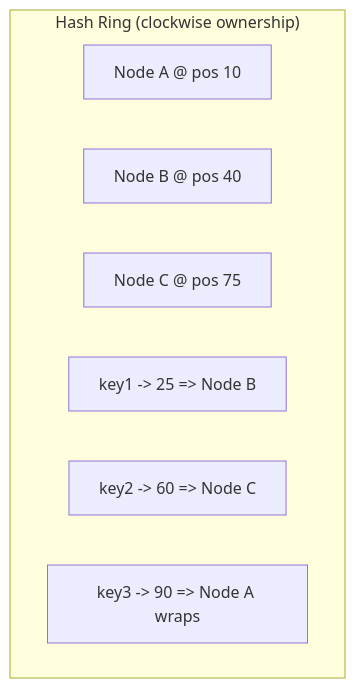
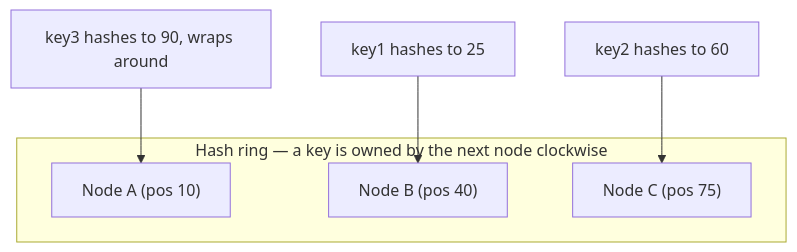
One commit to codewithmuh/system-design changed diagram 13 of 15 in fundamentals/README.md. Above: the diagram before and after it, drawn with Mermaid. The commit also changed other lines of this file and 3 other files, not shown here.

````diff
--- a/fundamentals/README.md
+++ b/fundamentals/README.md
@@ -528,11 +536,11 @@
 ```mermaid
 flowchart TB
-    subgraph Ring["Hash Ring (clockwise ownership)"]
-        N1[Node A @ pos 10]
-        N2[Node B @ pos 40]
-        N3[Node C @ pos 75]
-        K1[key1 -> 25 => Node B]
-        K2[key2 -> 60 => Node C]
-        K3[key3 -> 90 => Node A wraps]
+    subgraph Ring["Hash ring — a key is owned by the next node clockwise"]
+        NA["Node A (pos 10)"]
+        NB["Node B (pos 40)"]
+        NC["Node C (pos 75)"]
     end
+    K1["key1 hashes to 25"] --> NB
+    K2["key2 hashes to 60"] --> NC
+    K3["key3 hashes to 90, wraps around"] --> NA
 ```
````
